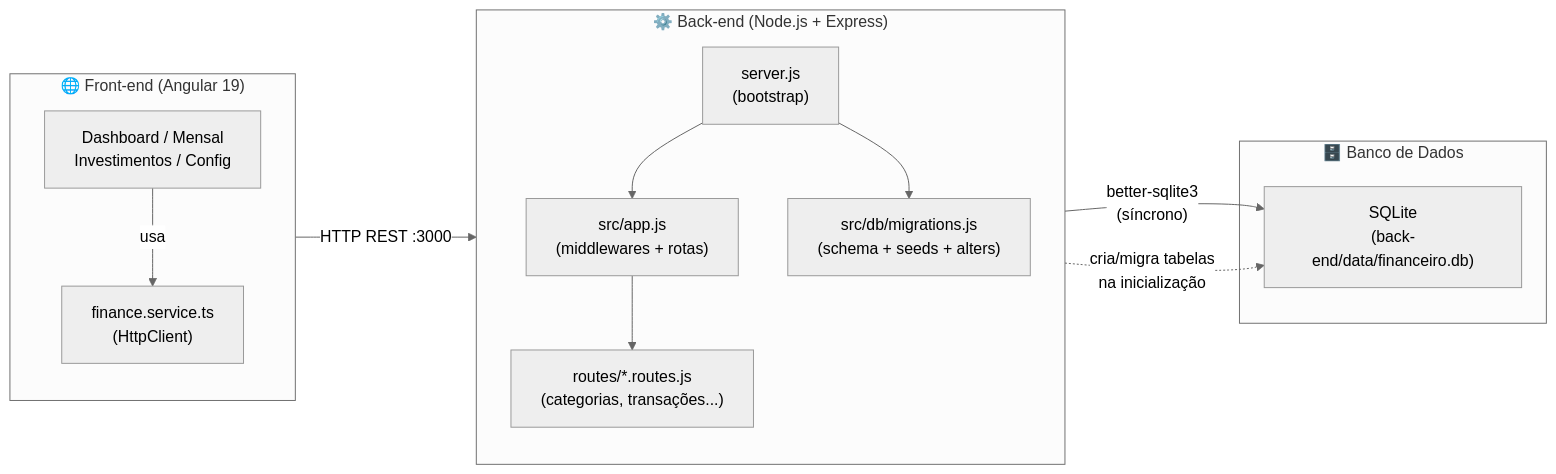
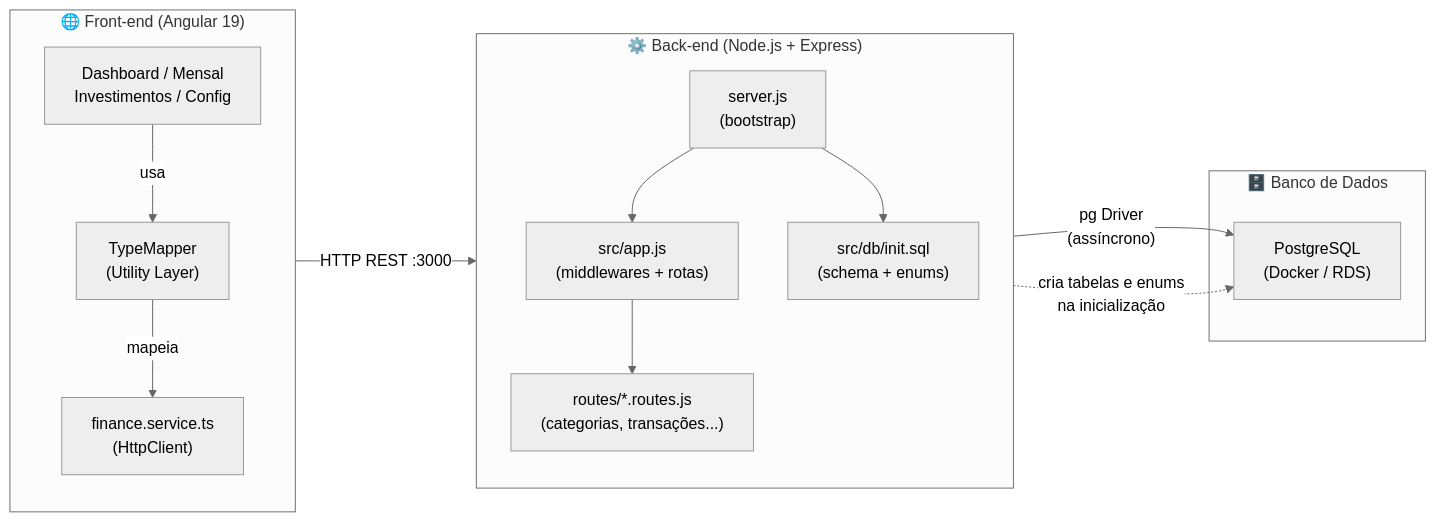
The diagram in README.md (lsimoes1/finance-manager), drawn with Mermaid (neutral theme) before and after one commit. The commit also changed other lines of this file and 42 other files, not shown here.

````diff
--- a/README.md
+++ b/README.md
@@ -24,28 +24,30 @@
 ```mermaid
 flowchart LR
     subgraph Client["🌐 Front-end (Angular 19)"]
         direction TB
         A1["finance.service.ts\n(HttpClient)"]
-        A2["Dashboard / Mensal\nInvestimentos / Config"]
-        A2 -->|"usa"| A1
+        A2["TypeMapper\n(Utility Layer)"]
+        A3["Dashboard / Mensal\nInvestimentos / Config"]
+        A3 -->|"usa"| A2
+        A2 -->|"mapeia"| A1
     end
 
     subgraph API["⚙️ Back-end (Node.js + Express)"]
         direction TB
         B1["server.js\n(bootstrap)"]
         B2["src/app.js\n(middlewares + rotas)"]
         B3["routes/*.routes.js\n(categorias, transações...)"]
-        B4["src/db/migrations.js\n(schema + seeds + alters)"]
+        B4["src/db/init.sql\n(schema + enums)"]
         B1 --> B2
         B2 --> B3
         B1 --> B4
     end
 
     subgraph DB["🗄️ Banco de Dados"]
-        C1["SQLite\n(back-end/data/financeiro.db)"]
+        C1["PostgreSQL\n(Docker / RDS)"]
     end
 
     A1 -- "HTTP REST :3000" --> B2
-    B3 -- "better-sqlite3\n(síncrono)" --> C1
-    B4 -. "cria/migra tabelas\nna inicialização" .-> C1
+    B3 -- "pg Driver\n(assíncrono)" --> C1
+    B4 -. "cria tabelas e enums\nna inicialização" .-> C1
 ```
````
